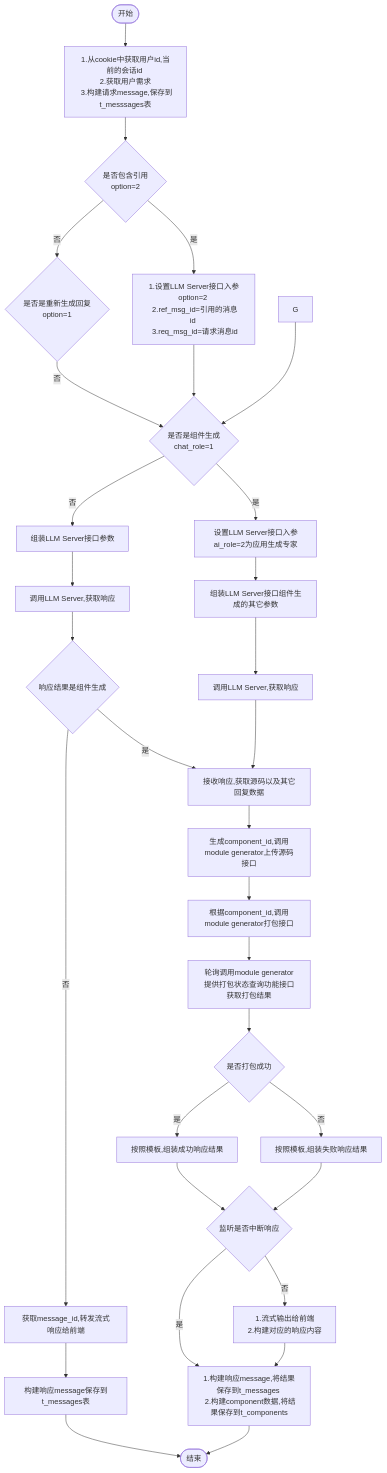
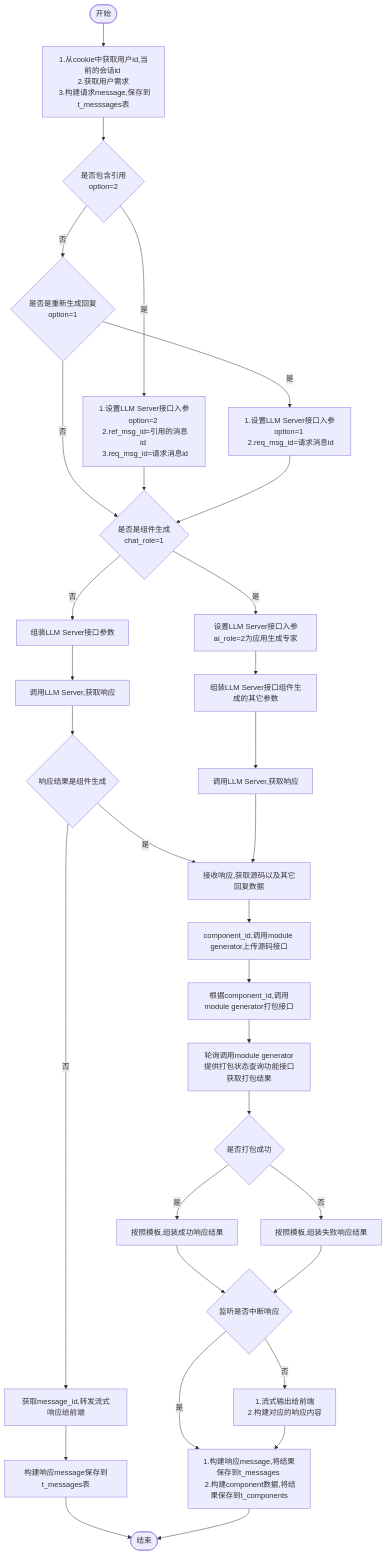
One commit to yingjianzh/iodraw-files changed the diagram in all/未命名-8.md. Above: the diagram before and after it, drawn with Mermaid.

Commit message:
2024-10-16 09:26:41 update

````diff
--- a/all/未命名-8.md
+++ b/all/未命名-8.md
@@ -1,38 +1,38 @@
 ```mermaid
 flowchart TD
     A([开始]) --> B[1.从cookie中获取用户id,当前的会话id \n 2.获取用户需求 \n 3.构建请求message,保存到t_messsages表]
     B--> D{是否包含引用 \n option=2}
     D -- 是 --> E[1.设置LLM Server接口入参option=2 \n 2.ref_msg_id=引用的消息id \n 3.req_msg_id=请求消息id]
     D -- 否 --> F{是否是重新生成回复\n option=1}
-    
+    F -- 是 --> G[1.设置LLM Server接口入参option=1 \n 2.req_msg_id=请求消息id]
     F -- 否 --> I
      
     E & G --> I{是否是组件生成 \n chat_role=1}
     I -- 否 --> M[组装LLM Server接口参数] 
     I -- 是 --> J[设置LLM Server接口入参ai_role=2为应用生成专家]
     
 
     J --> L[组装LLM Server接口组件生成的其它参数]    
     M --> N[调用LLM Server,获取响应]
     N --> H{响应结果是组件生成}   
     H -- 是 --> T 
     H -- 否 --> O[获取message_id,转发流式响应给前端]
     O --> P[构建响应message保存到t_messages表]
     P --> R([结束])
 
 
     L --> S[调用LLM Server,获取响应]
     S --> T[接收响应,获取源码以及其它回复数据]
-    T --> U[生成component_id,调用module generator上传源码接口]
+    T --> U[component_id,调用module generator上传源码接口]
     U --> V[根据component_id,调用module generator打包接口]
     V --> W[轮询调用module generator提供打包状态查询功能接口获取打包结果]
     W --> X{是否打包成功}
     X -- 是 --> Y[按照模板,组装成功响应结果]
     X -- 否 --> Z[按照模板,组装失败响应结果]
     Y & Z --> Done{监听是否中断响应}
     Done -- 是 --> Result
     Done -- 否 --> OutPut[1.流式输出给前端 \n 2.构建对应的响应内容]
 
     OutPut --> Result[1.构建响应message,将结果保存到t_messages \n 2.构建component数据,将结果保存到t_components]
     Result --> R
 ```
````
